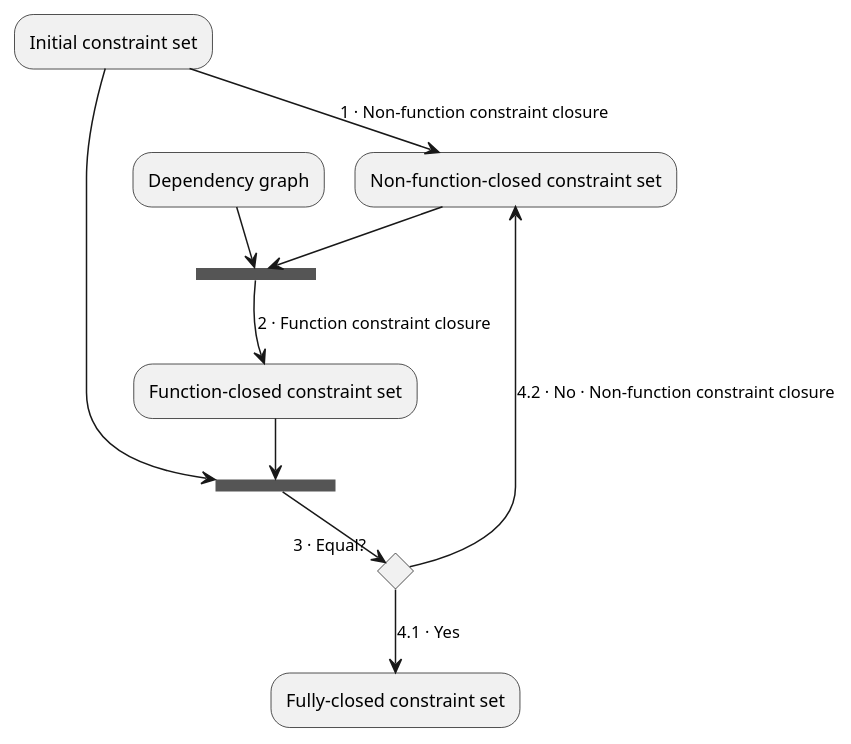
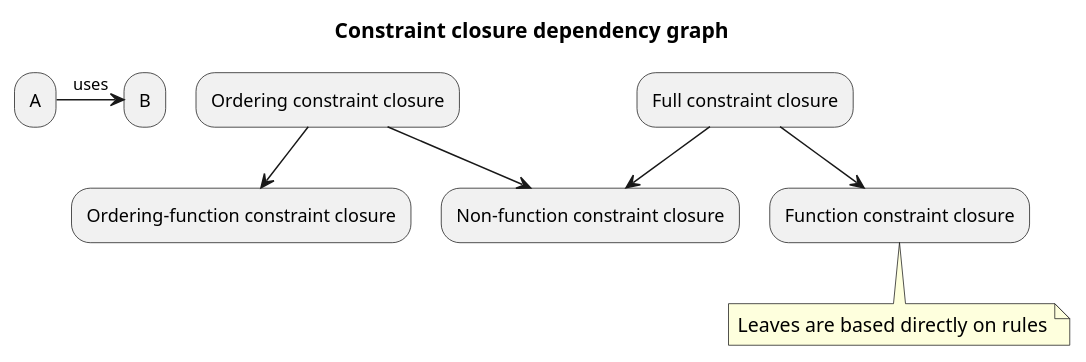
One commit to JHU-PL-Lab/whayrf changed the second of 2 diagrams in docs/implementation-notes.org. Above: the diagram before and after it, drawn with PlantUML. The commit also changed other lines of this file and 5 other files, not shown here.

Commit message:
Update constraint closure Implementation notes

```diff
--- a/docs/implementation-notes.org
+++ b/docs/implementation-notes.org
@@ -54,13 +46,13 @@
-   #+BEGIN_SRC plantuml :file images/full-constraint-closure.png :exports results
-     "Initial constraint set" -->[1 · Non-function constraint closure] "Non-function-closed constraint set"
-     --> ===function_constraint_closure===
-     "Dependency graph" --> ===function_constraint_closure===
-     -->[2 · Function constraint closure] "Function-closed constraint set"
-     --> ===equal===
-     "Initial constraint set" --> ===equal===
-     if "3 · Equal?" then
-       -->[4.1 · Yes] "Fully-closed constraint set"
-     else
-       -->[4.2 · No · Non-function constraint closure] "Non-function-closed constraint set"
-     endif
-   #+END_SRC
+  #+BEGIN_SRC plantuml :file images/constraint-closure-dependency-graph.png :exports results
+    title Constraint closure dependency graph
+
+    "A" ->[uses] "B"
+
+    "Ordering constraint closure" --> "Non-function constraint closure"
+    "Ordering constraint closure" --> "Ordering-function constraint closure"
+
+    "Full constraint closure" --> "Non-function constraint closure"
+    "Full constraint closure" --> "Function constraint closure"
+
+    note bottom: Leaves are based directly on rules
+  #+END_SRC
```
